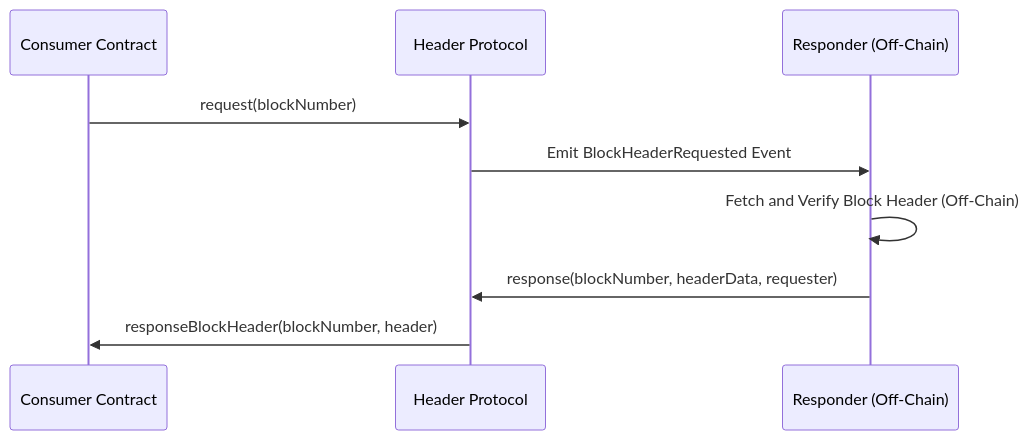
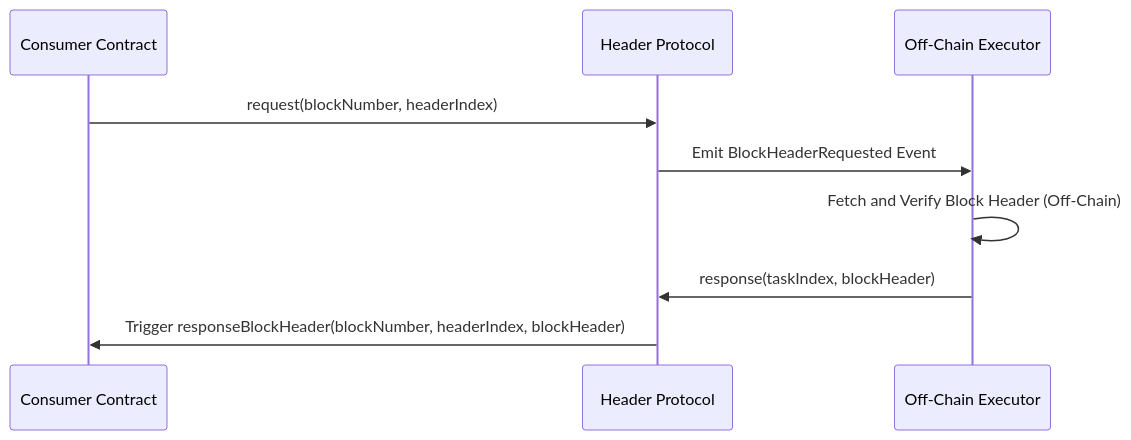
The diagram in README.md (headerprotocol/headerprotocol), drawn with Mermaid before and after one commit. The commit also changed other lines of this file and 9 other files, not shown here.

Commit message:
Add: tasks, commit function, header index

````diff
--- a/README.md
+++ b/README.md
@@ -11,12 +286,12 @@
 ```mermaid
 sequenceDiagram
-    participant Consumer as Consumer Contract
+    participant User as Consumer Contract
     participant Protocol as Header Protocol
-    participant Responder as Responder (Off-Chain)
+    participant Executor as Off-Chain Executor
 
-    Consumer->>Protocol: request(blockNumber)
-    Protocol->>Responder: Emit BlockHeaderRequested Event
-    Responder->>Responder: Fetch and Verify Block Header (Off-Chain)
-    Responder->>Protocol: response(blockNumber, headerData, requester)
-    Protocol->>Consumer: responseBlockHeader(blockNumber, header)
+    User->>Protocol: request(blockNumber, headerIndex)
+    Protocol->>Executor: Emit BlockHeaderRequested Event
+    Executor->>Executor: Fetch and Verify Block Header (Off-Chain)
+    Executor->>Protocol: response(taskIndex, blockHeader)
+    Protocol->>User: Trigger responseBlockHeader(blockNumber, headerIndex, blockHeader)
 ```
````
